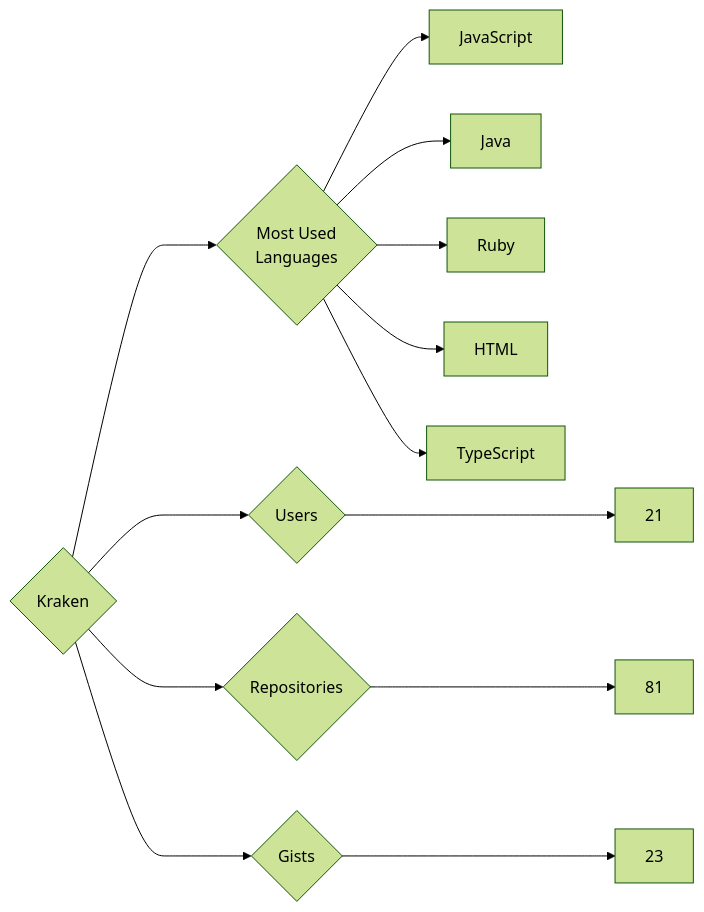
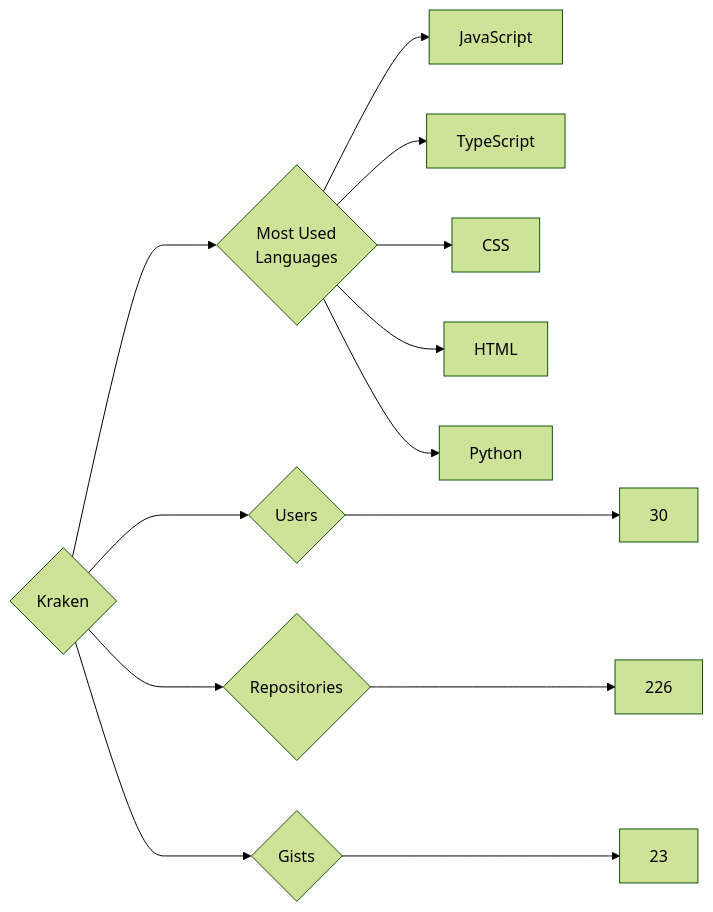
Before and after one commit to trickest/insiders: the diagram in targets/Kraken/README.md, drawn with Mermaid (forest theme). The commit also changed 1084 other files, not shown here.

````diff
--- a/targets/Kraken/README.md
+++ b/targets/Kraken/README.md
@@ -3,13 +3,13 @@
 ```mermaid
 graph LR
 COMPANY_NAME{Kraken}
-COMPANY_NAME ---> U{Users} ---> UN[21]
-COMPANY_NAME ---> R{Repositories} ---> RN[81]
+COMPANY_NAME ---> U{Users} ---> UN[30]
+COMPANY_NAME ---> R{Repositories} ---> RN[226]
 COMPANY_NAME ---> G{Gists} ---> GN[23]
 COMPANY_NAME ---> ML{Most Used<br>Languages}
 ML --> JavaScript[JavaScript]
-ML --> Java[Java]
-ML --> Ruby[Ruby]
+ML --> TypeScript[TypeScript]
+ML --> CSS[CSS]
 ML --> HTML[HTML]
-ML --> TypeScript[TypeScript]
+ML --> Python[Python]
 ```
````
